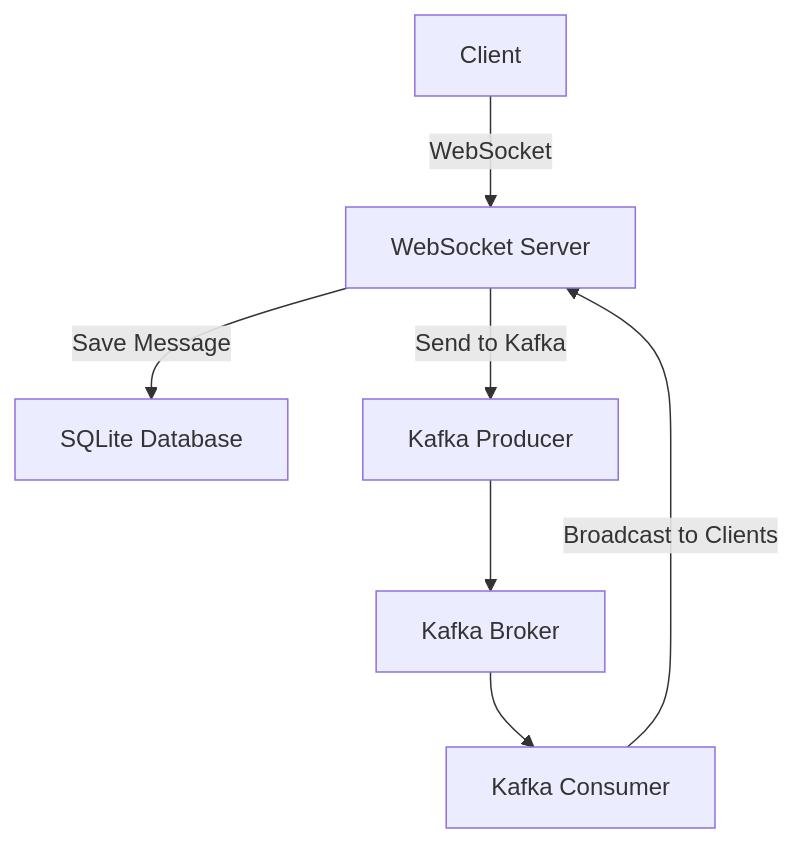
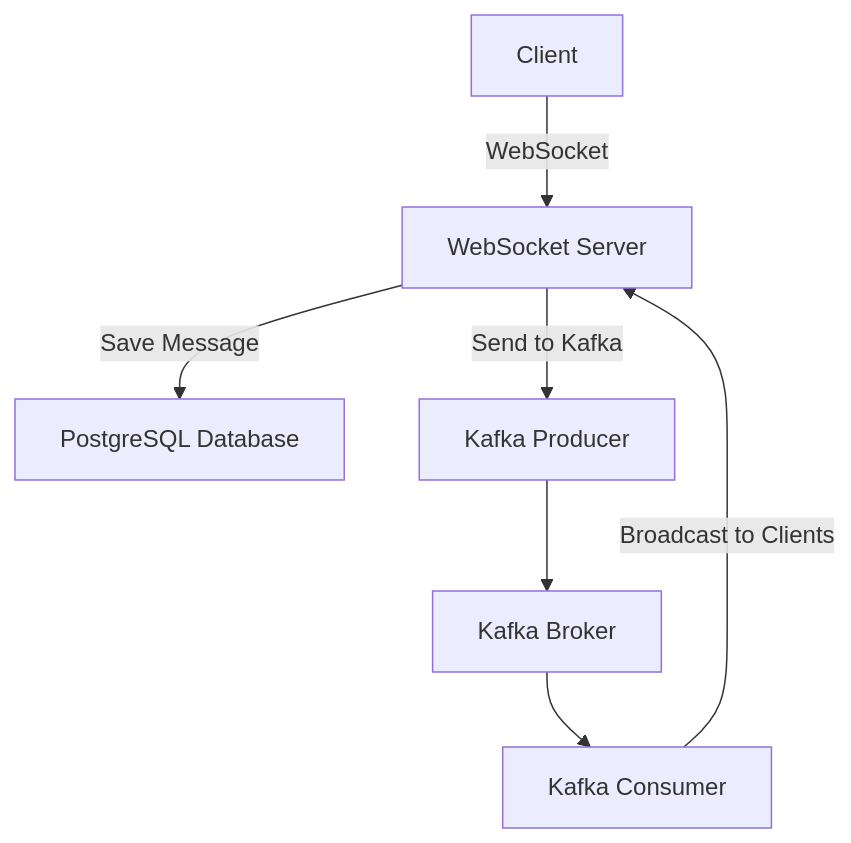
One commit to kiprutobeauttah/Kafka-chat changed the diagram in README.md. Above: the diagram before and after it, drawn with Mermaid. The commit also changed other lines of this file and 305 other files, not shown here.

````diff
--- a/README.md
+++ b/README.md
@@ -19,9 +16,9 @@
 ```mermaid
 graph TD
     A[Client] -->|WebSocket| B[WebSocket Server]
-    B -->|Save Message| C[SQLite Database]
+    B -->|Save Message| C[PostgreSQL Database]
     B -->|Send to Kafka| D[Kafka Producer]
     D --> E[Kafka Broker]
     E --> F[Kafka Consumer]
     F -->|Broadcast to Clients| B
 ```
````
